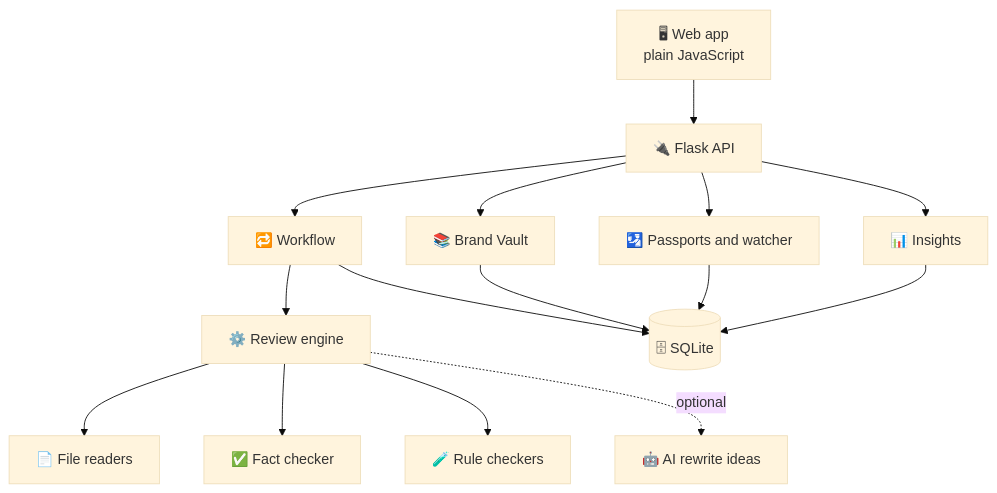
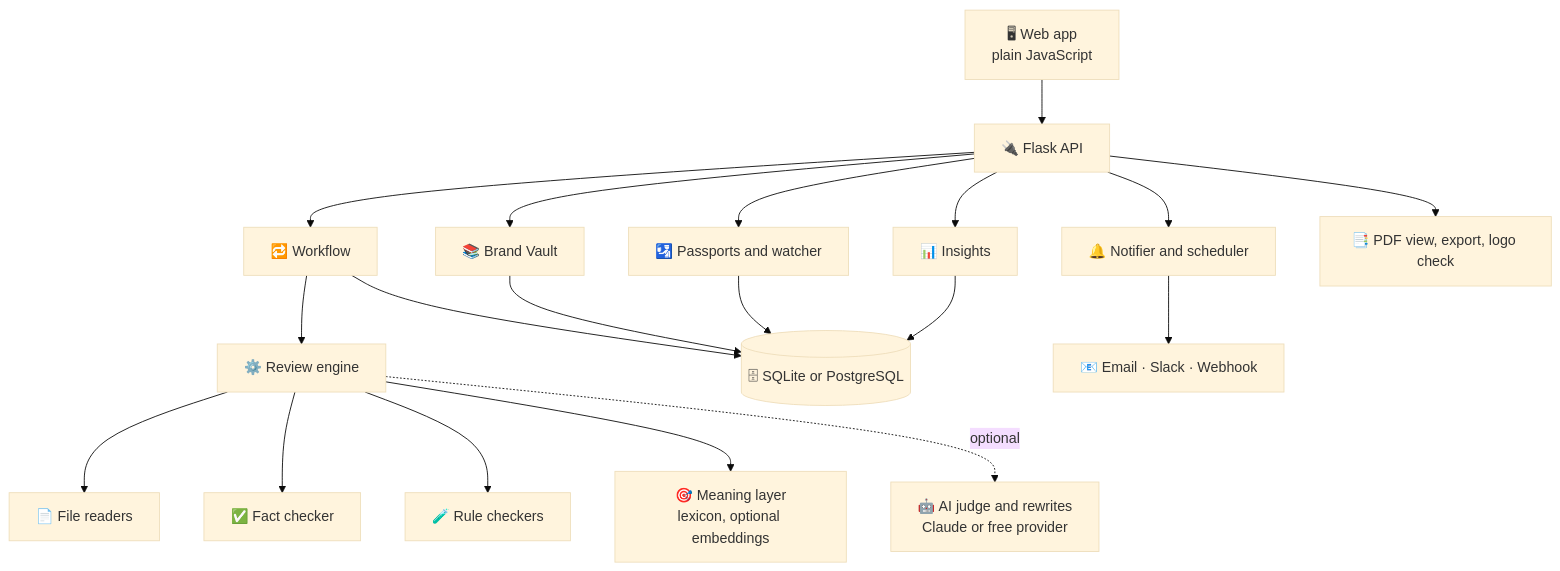
Before and after one commit to Luv-Malik/Claim-Passport: the third of 3 diagrams in README.md, drawn with Mermaid (base theme). The commit also changed other lines of this file, not shown here.

````diff
--- a/README.md
+++ b/README.md
@@ -280,17 +311,21 @@
 ```mermaid
 flowchart TB
   UI["🖥 Web app<br/>plain JavaScript"] --> API["🔌 Flask API"]
   API --> WF["🔁 Workflow"]
   API --> VT["📚 Brand Vault"]
   API --> PP["🛂 Passports and watcher"]
   API --> IN["📊 Insights"]
   WF --> EN["⚙️ Review engine"]
   EN --> ING["📄 File readers"]
   EN --> VER["✅ Fact checker"]
   EN --> CHK["🧪 Rule checkers"]
-  EN -. optional .-> LLM["🤖 AI rewrite ideas"]
-  WF --> DB[("🗄 SQLite")]
+  EN --> SEM["🎯 Meaning layer<br/>lexicon, optional embeddings"]
+  EN -. optional .-> LLM["🤖 AI judge and rewrites<br/>Claude or free provider"]
+  API --> NT["🔔 Notifier and scheduler"]
+  API --> PV["📑 PDF view, export, logo check"]
+  NT --> CH["📧 Email · Slack · Webhook"]
+  WF --> DB[("🗄 SQLite or PostgreSQL")]
   VT --> DB
   PP --> DB
   IN --> DB
 ```
````
